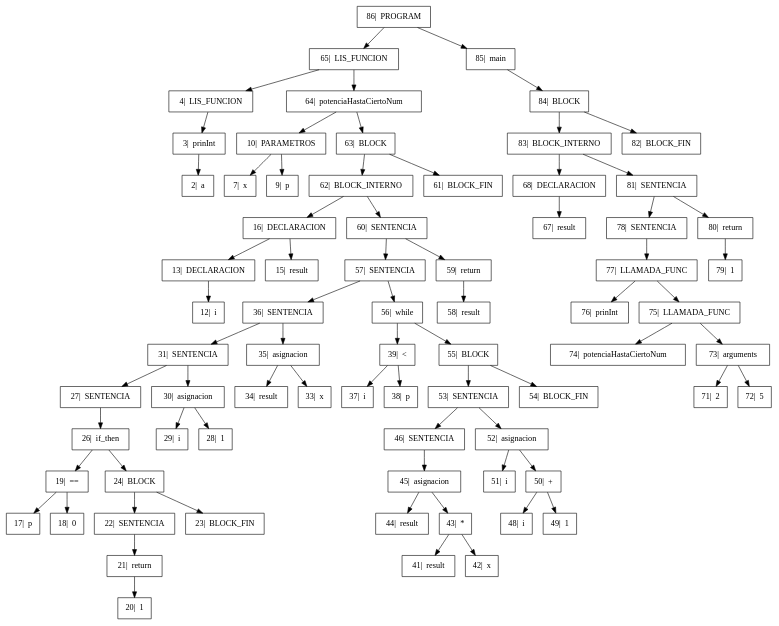
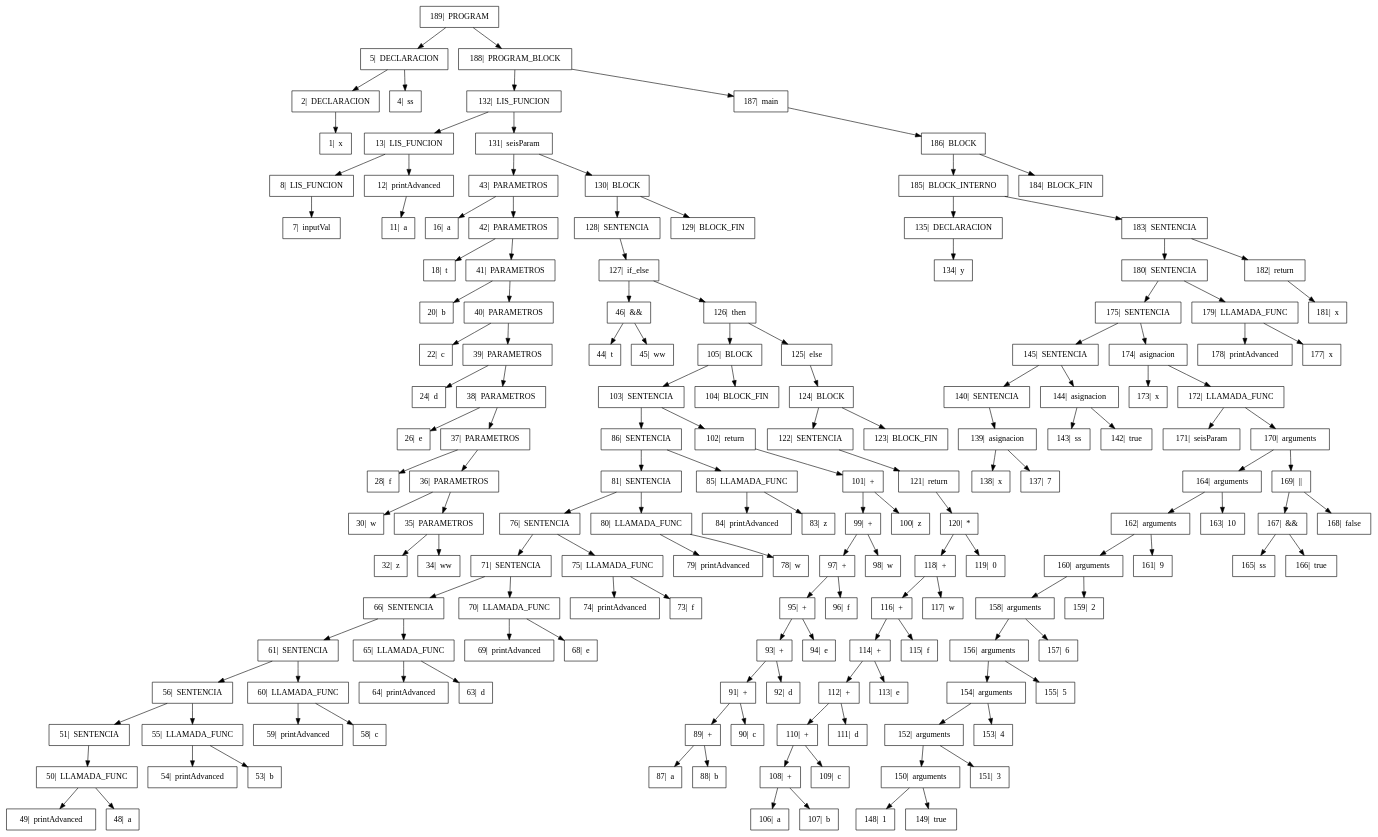
One commit to GiovA07/PRE-PROYECTO-COMPILADORES changed the diagram in Proyecto/output/Arbol.dot. Above: the diagram before and after it, drawn with Graphviz. The commit also changed 7 other files, not shown here.

```diff
--- a/Proyecto/output/Arbol.dot
+++ b/Proyecto/output/Arbol.dot
@@ -1,48 +1,92 @@
 digraph{
 
 rankdir=TB;
 
 node[shape=box];
-"86|  PROGRAM" -> "65|  LIS_FUNCION", "85|  main";
-"65|  LIS_FUNCION" -> "4|  LIS_FUNCION", "64|  potenciaHastaCiertoNum";
-"4|  LIS_FUNCION" -> "3|  prinInt" ;
-"3|  prinInt" -> "2|  a" ;
-"64|  potenciaHastaCiertoNum" -> "10|  PARAMETROS", "63|  BLOCK";
-"10|  PARAMETROS" -> "7|  x", "9|  p";
-"63|  BLOCK" -> "62|  BLOCK_INTERNO", "61|  BLOCK_FIN";
-"62|  BLOCK_INTERNO" -> "16|  DECLARACION", "60|  SENTENCIA";
-"16|  DECLARACION" -> "13|  DECLARACION", "15|  result";
-"13|  DECLARACION" -> "12|  i" ;
-"60|  SENTENCIA" -> "57|  SENTENCIA", "59|  return";
-"57|  SENTENCIA" -> "36|  SENTENCIA", "56|  while";
-"36|  SENTENCIA" -> "31|  SENTENCIA", "35|  asignacion";
-"31|  SENTENCIA" -> "27|  SENTENCIA", "30|  asignacion";
-"27|  SENTENCIA" -> "26|  if_then" ;
-"26|  if_then" -> "19|  ==", "24|  BLOCK";
-"19|  ==" -> "17|  p", "18|  0";
-"24|  BLOCK" -> "22|  SENTENCIA", "23|  BLOCK_FIN";
-"22|  SENTENCIA" -> "21|  return" ;
-"21|  return" -> "20|  1" ;
-"30|  asignacion" -> "29|  i", "28|  1";
-"35|  asignacion" -> "34|  result", "33|  x";
-"56|  while" -> "39|  <", "55|  BLOCK";
-"39|  <" -> "37|  i", "38|  p";
-"55|  BLOCK" -> "53|  SENTENCIA", "54|  BLOCK_FIN";
-"53|  SENTENCIA" -> "46|  SENTENCIA", "52|  asignacion";
-"46|  SENTENCIA" -> "45|  asignacion" ;
-"45|  asignacion" -> "44|  result", "43|  *";
-"43|  *" -> "41|  result", "42|  x";
-"52|  asignacion" -> "51|  i", "50|  +";
-"50|  +" -> "48|  i", "49|  1";
-"59|  return" -> "58|  result" ;
-"85|  main" -> "84|  BLOCK" ;
-"84|  BLOCK" -> "83|  BLOCK_INTERNO", "82|  BLOCK_FIN";
-"83|  BLOCK_INTERNO" -> "68|  DECLARACION", "81|  SENTENCIA";
-"68|  DECLARACION" -> "67|  result" ;
-"81|  SENTENCIA" -> "78|  SENTENCIA", "80|  return";
-"78|  SENTENCIA" -> "77|  LLAMADA_FUNC" ;
-"77|  LLAMADA_FUNC" -> "76|  prinInt", "75|  LLAMADA_FUNC";
-"75|  LLAMADA_FUNC" -> "74|  potenciaHastaCiertoNum", "73|  arguments";
-"73|  arguments" -> "71|  2", "72|  5";
-"80|  return" -> "79|  1" ;
+"189|  PROGRAM" -> "5|  DECLARACION", "188|  PROGRAM_BLOCK";
+"5|  DECLARACION" -> "2|  DECLARACION", "4|  ss";
+"2|  DECLARACION" -> "1|  x" ;
+"188|  PROGRAM_BLOCK" -> "132|  LIS_FUNCION", "187|  main";
+"132|  LIS_FUNCION" -> "13|  LIS_FUNCION", "131|  seisParam";
+"13|  LIS_FUNCION" -> "8|  LIS_FUNCION", "12|  printAdvanced";
+"8|  LIS_FUNCION" -> "7|  inputVal" ;
+"12|  printAdvanced" -> "11|  a" ;
+"131|  seisParam" -> "43|  PARAMETROS", "130|  BLOCK";
+"43|  PARAMETROS" -> "16|  a", "42|  PARAMETROS";
+"42|  PARAMETROS" -> "18|  t", "41|  PARAMETROS";
+"41|  PARAMETROS" -> "20|  b", "40|  PARAMETROS";
+"40|  PARAMETROS" -> "22|  c", "39|  PARAMETROS";
+"39|  PARAMETROS" -> "24|  d", "38|  PARAMETROS";
+"38|  PARAMETROS" -> "26|  e", "37|  PARAMETROS";
+"37|  PARAMETROS" -> "28|  f", "36|  PARAMETROS";
+"36|  PARAMETROS" -> "30|  w", "35|  PARAMETROS";
+"35|  PARAMETROS" -> "32|  z", "34|  ww";
+"130|  BLOCK" -> "128|  SENTENCIA", "129|  BLOCK_FIN";
+"128|  SENTENCIA" -> "127|  if_else" ;
+"127|  if_else" -> "46|  &&", "126|  then";
+"46|  &&" -> "44|  t", "45|  ww";
+"126|  then" -> "105|  BLOCK", "125|  else";
+"105|  BLOCK" -> "103|  SENTENCIA", "104|  BLOCK_FIN";
+"103|  SENTENCIA" -> "86|  SENTENCIA", "102|  return";
+"86|  SENTENCIA" -> "81|  SENTENCIA", "85|  LLAMADA_FUNC";
+"81|  SENTENCIA" -> "76|  SENTENCIA", "80|  LLAMADA_FUNC";
+"76|  SENTENCIA" -> "71|  SENTENCIA", "75|  LLAMADA_FUNC";
+"71|  SENTENCIA" -> "66|  SENTENCIA", "70|  LLAMADA_FUNC";
+"66|  SENTENCIA" -> "61|  SENTENCIA", "65|  LLAMADA_FUNC";
+"61|  SENTENCIA" -> "56|  SENTENCIA", "60|  LLAMADA_FUNC";
+"56|  SENTENCIA" -> "51|  SENTENCIA", "55|  LLAMADA_FUNC";
+"51|  SENTENCIA" -> "50|  LLAMADA_FUNC" ;
+"50|  LLAMADA_FUNC" -> "49|  printAdvanced", "48|  a";
+"55|  LLAMADA_FUNC" -> "54|  printAdvanced", "53|  b";
+"60|  LLAMADA_FUNC" -> "59|  printAdvanced", "58|  c";
+"65|  LLAMADA_FUNC" -> "64|  printAdvanced", "63|  d";
+"70|  LLAMADA_FUNC" -> "69|  printAdvanced", "68|  e";
+"75|  LLAMADA_FUNC" -> "74|  printAdvanced", "73|  f";
+"80|  LLAMADA_FUNC" -> "79|  printAdvanced", "78|  w";
+"85|  LLAMADA_FUNC" -> "84|  printAdvanced", "83|  z";
+"102|  return" -> "101|  +" ;
+"101|  +" -> "99|  +", "100|  z";
+"99|  +" -> "97|  +", "98|  w";
+"97|  +" -> "95|  +", "96|  f";
+"95|  +" -> "93|  +", "94|  e";
+"93|  +" -> "91|  +", "92|  d";
+"91|  +" -> "89|  +", "90|  c";
+"89|  +" -> "87|  a", "88|  b";
+"125|  else" -> "124|  BLOCK" ;
+"124|  BLOCK" -> "122|  SENTENCIA", "123|  BLOCK_FIN";
+"122|  SENTENCIA" -> "121|  return" ;
+"121|  return" -> "120|  *" ;
+"120|  *" -> "118|  +", "119|  0";
+"118|  +" -> "116|  +", "117|  w";
+"116|  +" -> "114|  +", "115|  f";
+"114|  +" -> "112|  +", "113|  e";
+"112|  +" -> "110|  +", "111|  d";
+"110|  +" -> "108|  +", "109|  c";
+"108|  +" -> "106|  a", "107|  b";
+"187|  main" -> "186|  BLOCK" ;
+"186|  BLOCK" -> "185|  BLOCK_INTERNO", "184|  BLOCK_FIN";
+"185|  BLOCK_INTERNO" -> "135|  DECLARACION", "183|  SENTENCIA";
+"135|  DECLARACION" -> "134|  y" ;
+"183|  SENTENCIA" -> "180|  SENTENCIA", "182|  return";
+"180|  SENTENCIA" -> "175|  SENTENCIA", "179|  LLAMADA_FUNC";
+"175|  SENTENCIA" -> "145|  SENTENCIA", "174|  asignacion";
+"145|  SENTENCIA" -> "140|  SENTENCIA", "144|  asignacion";
+"140|  SENTENCIA" -> "139|  asignacion" ;
+"139|  asignacion" -> "138|  x", "137|  7";
+"144|  asignacion" -> "143|  ss", "142|  true";
+"174|  asignacion" -> "173|  x", "172|  LLAMADA_FUNC";
+"172|  LLAMADA_FUNC" -> "171|  seisParam", "170|  arguments";
+"170|  arguments" -> "164|  arguments", "169|  ||";
+"164|  arguments" -> "162|  arguments", "163|  10";
+"162|  arguments" -> "160|  arguments", "161|  9";
+"160|  arguments" -> "158|  arguments", "159|  2";
+"158|  arguments" -> "156|  arguments", "157|  6";
+"156|  arguments" -> "154|  arguments", "155|  5";
+"154|  arguments" -> "152|  arguments", "153|  4";
+"152|  arguments" -> "150|  arguments", "151|  3";
+"150|  arguments" -> "148|  1", "149|  true";
+"169|  ||" -> "167|  &&", "168|  false";
+"167|  &&" -> "165|  ss", "166|  true";
+"179|  LLAMADA_FUNC" -> "178|  printAdvanced", "177|  x";
+"182|  return" -> "181|  x" ;
 }
```
